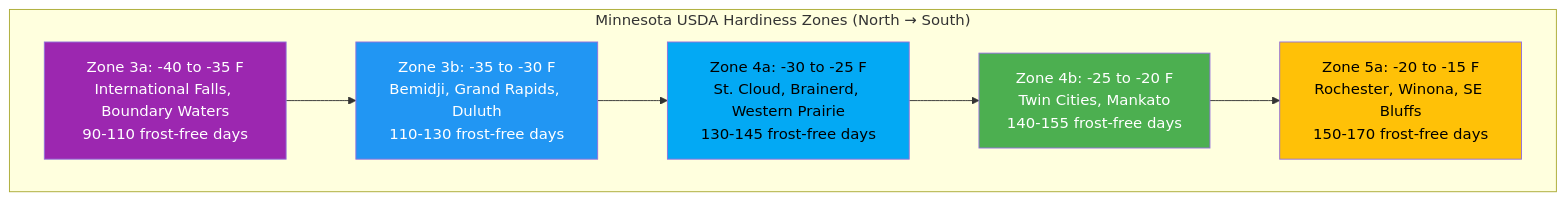
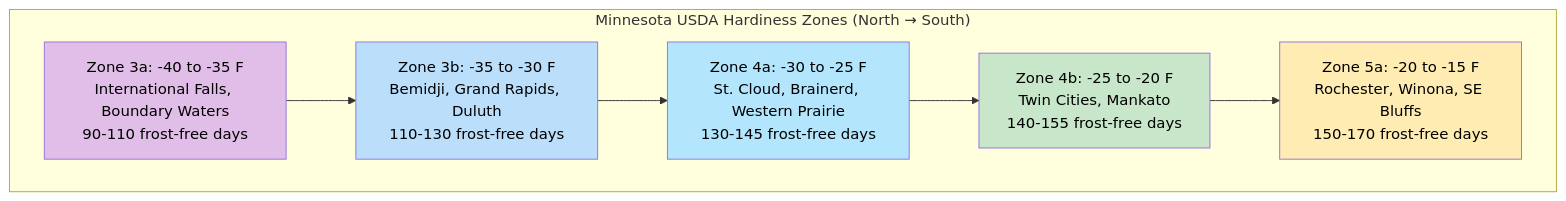
One commit to arunbatchu/minnesota-native-plants changed the second of 2 diagrams in docs/chapters/02-ecoregions-growing-conditions/index.md. Above: the diagram before and after it, drawn with Mermaid. The commit also changed other lines of this file and 10 other files, not shown here.

First line of the commit message:
Switch Mermaid diagrams to pastel palette — black text on light backgrounds

````diff
--- a/docs/chapters/02-ecoregions-growing-conditions/index.md
+++ b/docs/chapters/02-ecoregions-growing-conditions/index.md
@@ -263,18 +263,18 @@
 ```mermaid
 flowchart TD
     subgraph zones["Minnesota USDA Hardiness Zones (North → South)"]
         Z3A["Zone 3a: -40 to -35 F<br/>International Falls, Boundary Waters<br/>90-110 frost-free days"]
         Z3B["Zone 3b: -35 to -30 F<br/>Bemidji, Grand Rapids, Duluth<br/>110-130 frost-free days"]
         Z4A["Zone 4a: -30 to -25 F<br/>St. Cloud, Brainerd, Western Prairie<br/>130-145 frost-free days"]
         Z4B["Zone 4b: -25 to -20 F<br/>Twin Cities, Mankato<br/>140-155 frost-free days"]
         Z5A["Zone 5a: -20 to -15 F<br/>Rochester, Winona, SE Bluffs<br/>150-170 frost-free days"]
     end
 
     Z3A --> Z3B --> Z4A --> Z4B --> Z5A
 
-    style Z3A fill:#9C27B0,color:#fff
-    style Z3B fill:#2196F3,color:#fff
-    style Z4A fill:#03A9F4,color:#000
-    style Z4B fill:#4CAF50,color:#fff
-    style Z5A fill:#FFC107,color:#000
+    style Z3A fill:#E1BEE7,color:#000
+    style Z3B fill:#BBDEFB,color:#000
+    style Z4A fill:#B3E5FC,color:#000
+    style Z4B fill:#C8E6C9,color:#000
+    style Z5A fill:#FFECB3,color:#000
 ```
````
